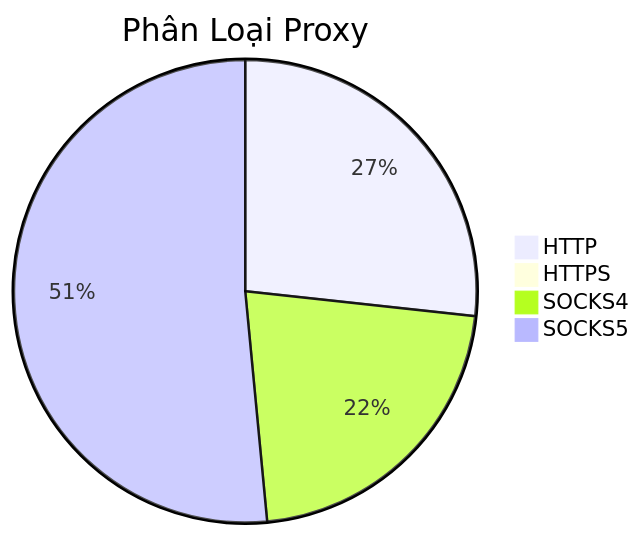
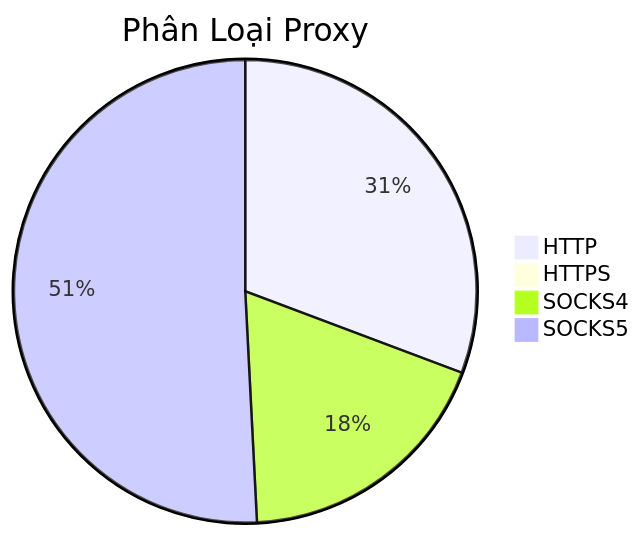
The diagram in README.md (Ciara-12/PROXY-free), drawn with Mermaid before and after one commit. The commit also changed other lines of this file and 4 other files, not shown here.

````diff
--- a/README.md
+++ b/README.md
@@ -26,7 +26,7 @@
 ```mermaid
 pie title Phân Loại Proxy
-    "HTTP" : 486
-    "HTTPS" : 4
-    "SOCKS4" : 396
-    "SOCKS5" : 937
+    "HTTP" : 664
+    "HTTPS" : 5
+    "SOCKS4" : 399
+    "SOCKS5" : 1098
 ```
````
